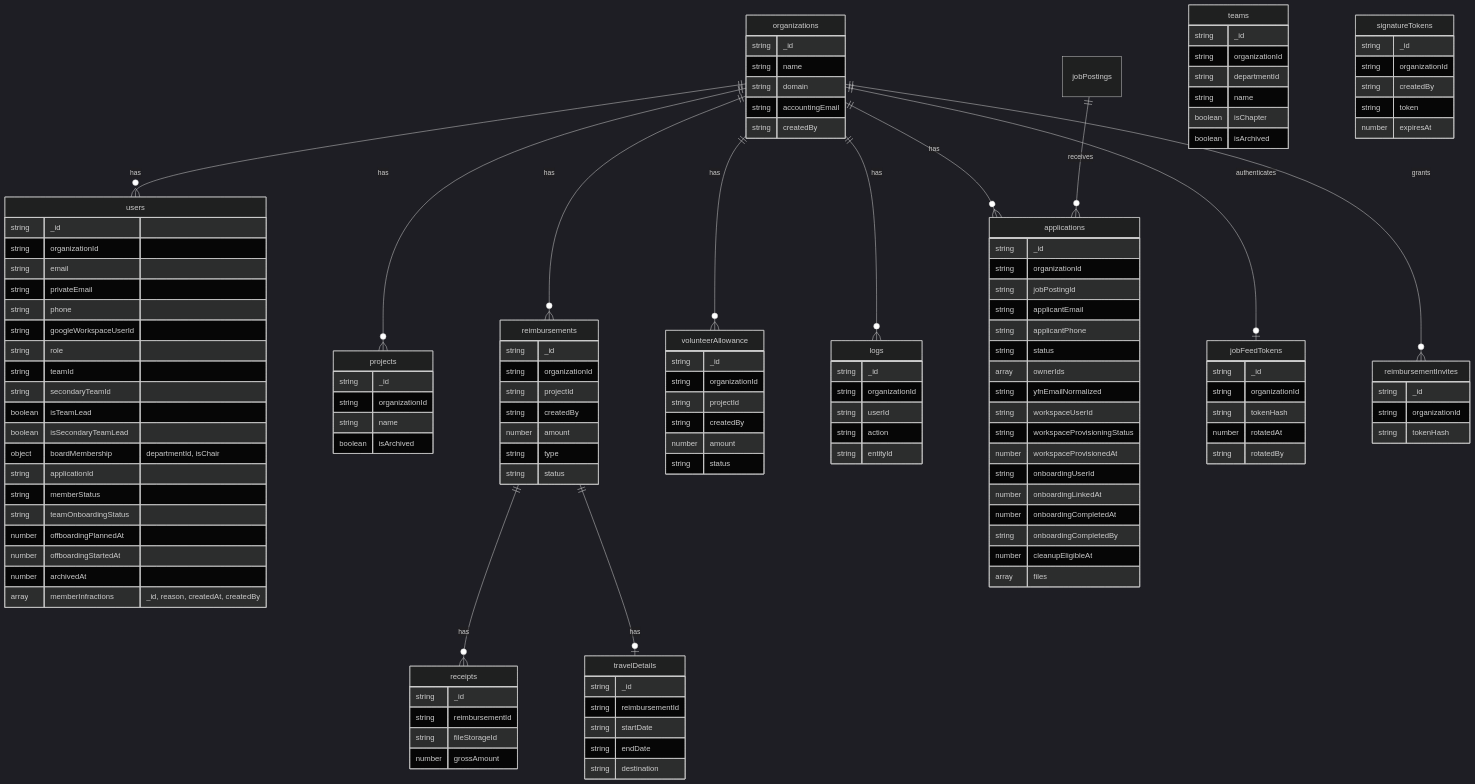
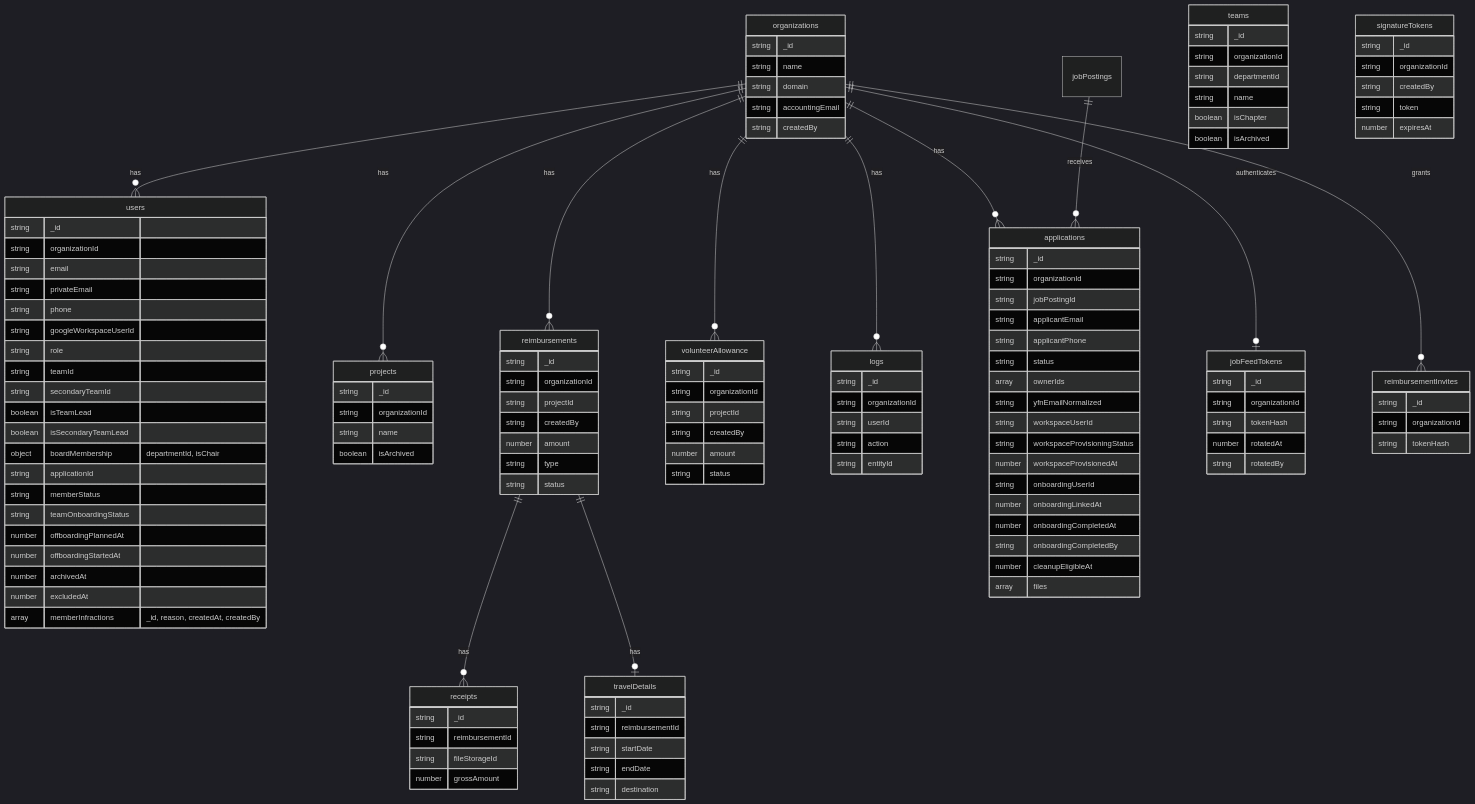
The diagram in docs/schema.md (yfndev/ybase), drawn with Mermaid (dark theme) before and after one commit. The commit also changed 19 other files, not shown here.

```diff
--- a/docs/schema.md
+++ b/docs/schema.md
@@ -59,6 +59,7 @@
         number offboardingPlannedAt
         number offboardingStartedAt
         number archivedAt
+        number excludedAt
         array memberInfractions "_id, reason, createdAt, createdBy"
     }
 
```
